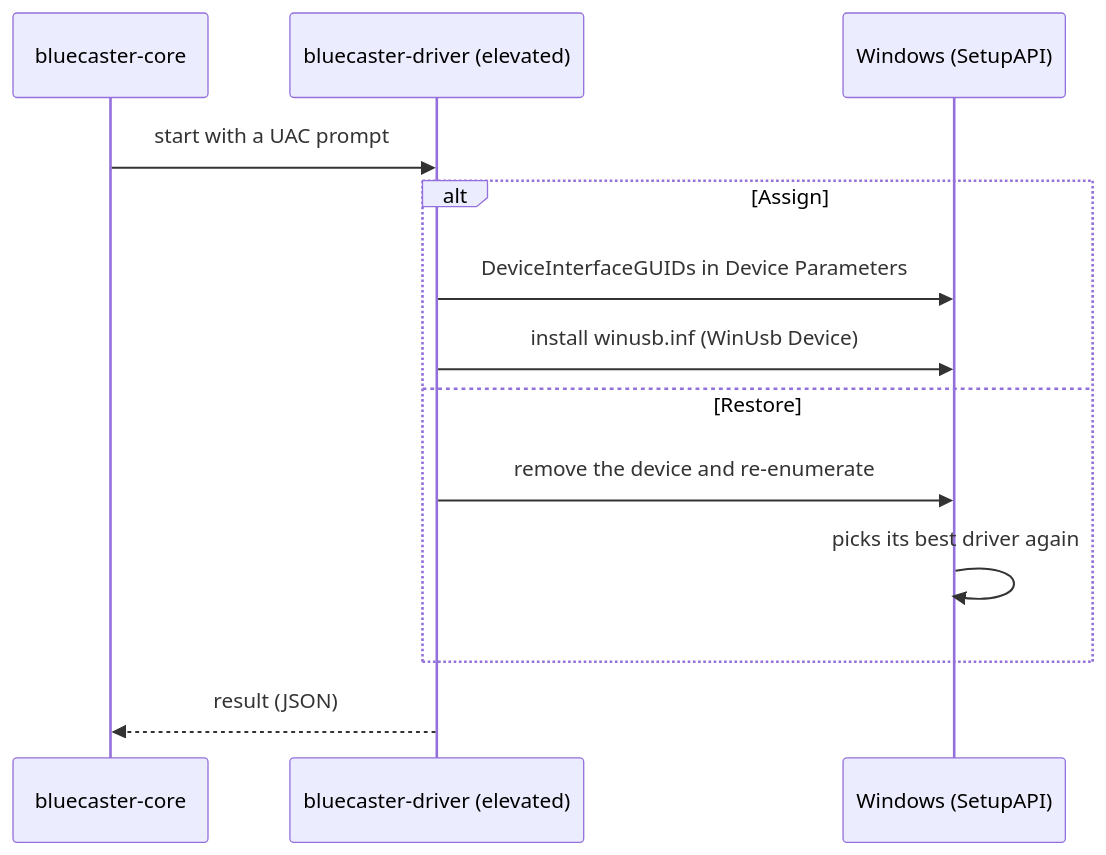
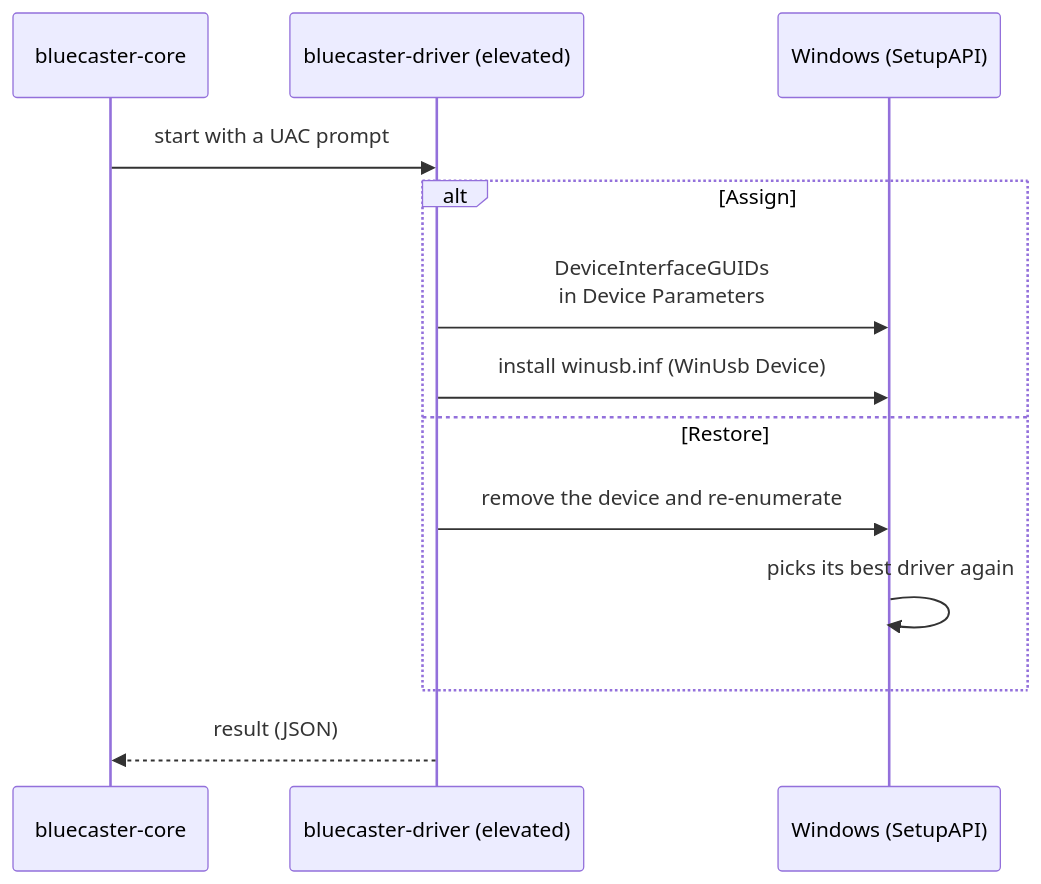
One commit to SeiyaFunaokaJP/BlueCaster changed the fifth of 5 diagrams in docs/architecture.md. Above: the diagram before and after it, drawn with Mermaid. The commit also changed other lines of this file and 15 other files, not shown here.

First line of the commit message:
Docs: shorter lines in the sequence diagrams, encoder label on Home

````diff
--- a/docs/architecture.md
+++ b/docs/architecture.md
@@ -272,15 +272,15 @@
 ```mermaid
 sequenceDiagram
     participant Core as bluecaster-core
     participant Drv as bluecaster-driver (elevated)
     participant Win as Windows (SetupAPI)
     Core->>Drv: start with a UAC prompt
     alt Assign
-        Drv->>Win: DeviceInterfaceGUIDs in Device Parameters
+        Drv->>Win: DeviceInterfaceGUIDs<br>in Device Parameters
         Drv->>Win: install winusb.inf (WinUsb Device)
     else Restore
         Drv->>Win: remove the device and re-enumerate
         Win->>Win: picks its best driver again
     end
     Drv-->>Core: result (JSON)
 ```
````
